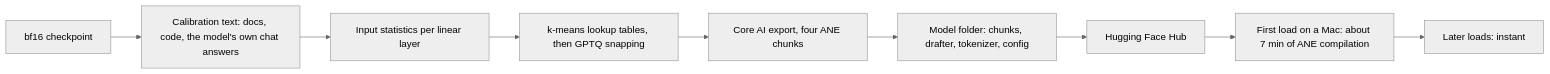
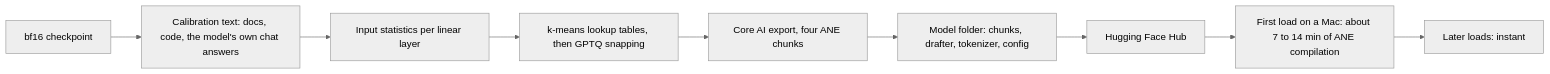
The third of 3 diagrams in docs/architecture.md (vakharwalad23/Anemone), drawn with Mermaid (neutral theme) before and after one commit. The commit also changed other lines of this file, not shown here.

Commit message:
docs(repo): update architecture with new tests

````diff
--- a/docs/architecture.md
+++ b/docs/architecture.md
@@ -84,11 +76,11 @@
 ```mermaid
 flowchart LR
     HF["bf16 checkpoint"] --> CAL["Calibration text: docs, code, the model's own chat answers"]
     CAL --> H["Input statistics per linear layer"]
     H --> Q["k-means lookup tables, then GPTQ snapping"]
     Q --> X["Core AI export, four ANE chunks"]
     X --> M["Model folder: chunks, drafter, tokenizer, config"]
     M --> HUB["Hugging Face Hub"]
-    HUB --> L["First load on a Mac: about 7 min of ANE compilation"]
+    HUB --> L["First load on a Mac: about 7 to 14 min of ANE compilation"]
     L --> R["Later loads: instant"]
 ```
````
